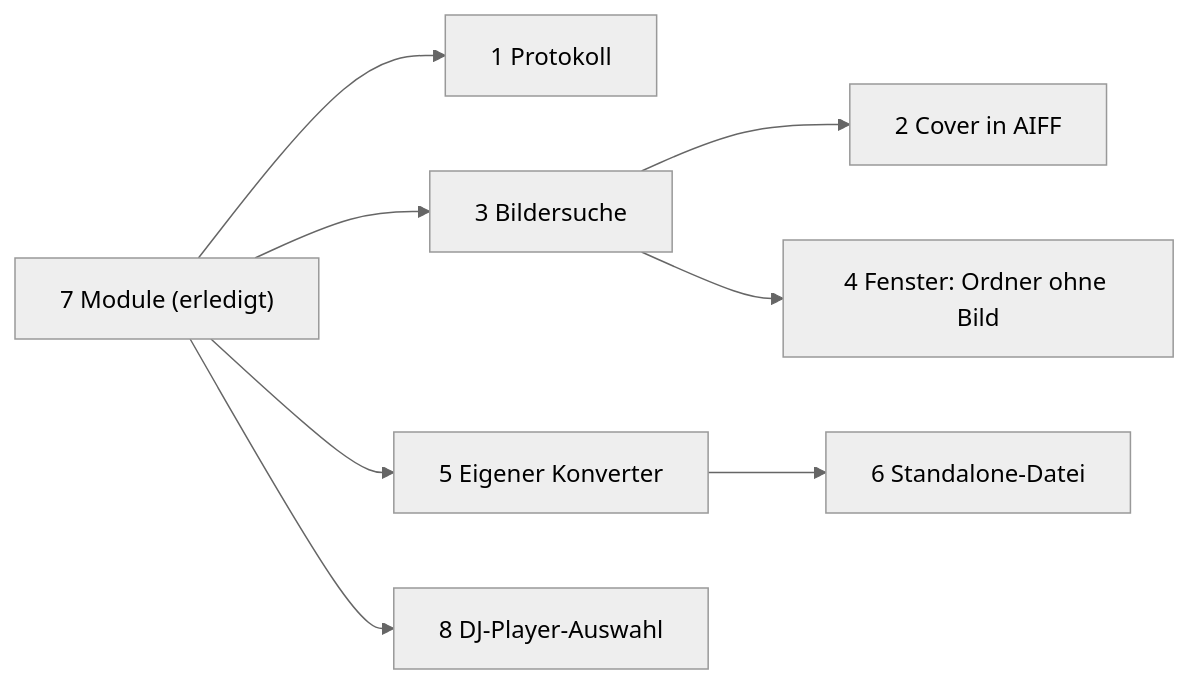
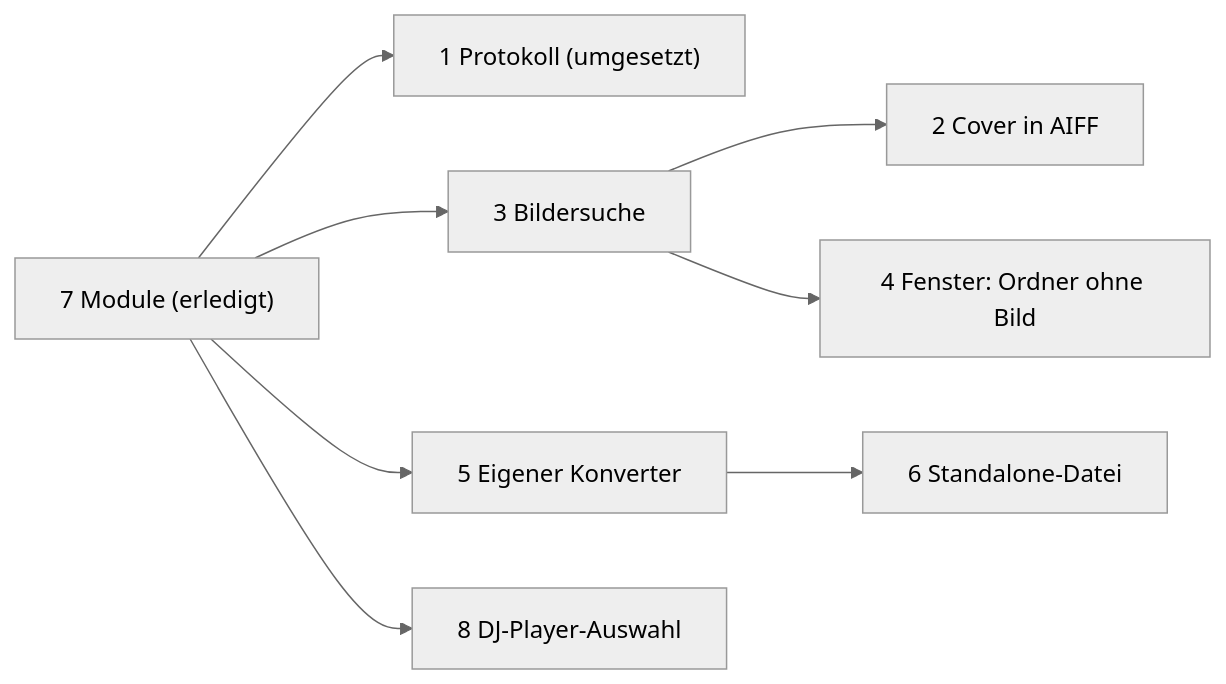
One commit to Senci/audio-konverter changed the diagram in wiki/offen.md. Above: the diagram before and after it, drawn with Mermaid (neutral theme). The commit also changed other lines of this file and 10 other files, not shown here.

````diff
--- a/wiki/offen.md
+++ b/wiki/offen.md
@@ -3,10 +3,10 @@
 ```mermaid
 flowchart LR
-    M["7 Module (erledigt)"] --> P["1 Protokoll"]
+    M["7 Module (erledigt)"] --> P["1 Protokoll (umgesetzt)"]
     M --> B["3 Bildersuche"]
     M --> K["5 Eigener Konverter"]
     M --> D["8 DJ-Player-Auswahl"]
     B --> C["2 Cover in AIFF"]
     B --> N["4 Fenster: Ordner ohne Bild"]
     K --> S["6 Standalone-Datei"]
 ```
````
